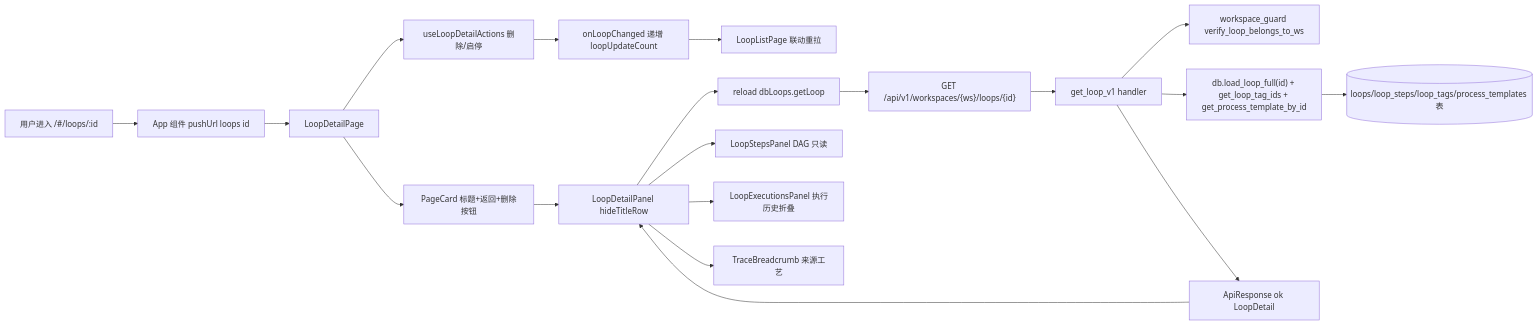
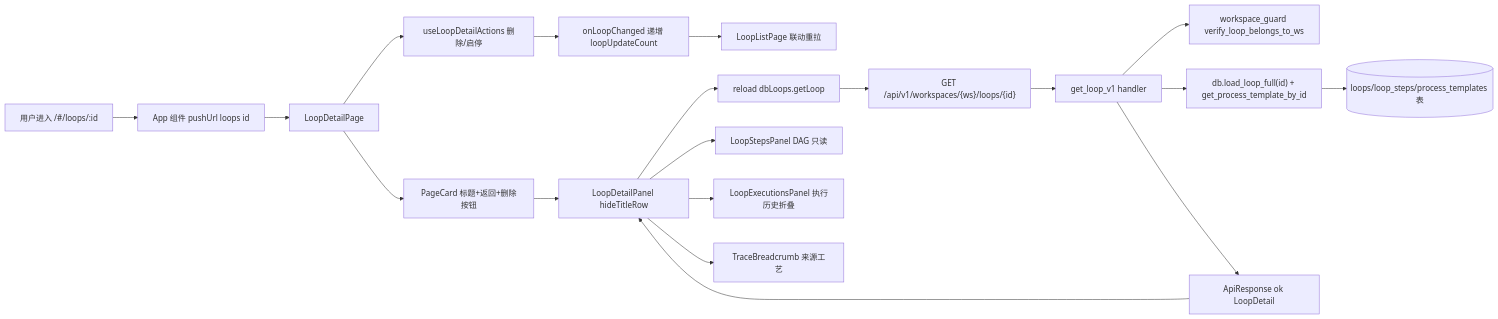
Before and after one commit to weibaohui/ntd: the diagram in frontend/src/help/pages/loops-detail.md, drawn with Mermaid. The commit also changed other lines of this file and 92 other files, not shown here.

````diff
--- a/frontend/src/help/pages/loops-detail.md
+++ b/frontend/src/help/pages/loops-detail.md
@@ -15,20 +15,20 @@
 ```mermaid
 flowchart LR
   U[用户进入 /#/loops/:id] --> APP[App 组件 pushUrl loops id]
   APP --> LDP[LoopDetailPage]
   LDP --> ACT[useLoopDetailActions 删除/启停]
   LDP --> PC[PageCard 标题+返回+删除按钮]
   PC --> PAN[LoopDetailPanel hideTitleRow]
   PAN --> RL[reload dbLoops.getLoop]
   RL --> API["GET /api/v1/workspaces/{ws}/loops/{id}"]
   API --> H1[get_loop_v1 handler]
   H1 --> GUARD[workspace_guard verify_loop_belongs_to_ws]
-  H1 --> DAO["db.load_loop_full(id) + get_loop_tag_ids + get_process_template_by_id"]
-  DAO --> DB[(loops/loop_steps/loop_tags/process_templates 表)]
+  H1 --> DAO["db.load_loop_full(id) + get_process_template_by_id"]
+  DAO --> DB[(loops/loop_steps/process_templates 表)]
   H1 --> RT[ApiResponse ok LoopDetail]
   RT --> PAN --> SE[LoopStepsPanel DAG 只读]
   PAN --> EX[LoopExecutionsPanel 执行历史折叠]
   PAN --> TG[TraceBreadcrumb 来源工艺]
   ACT --> CHG[onLoopChanged 递增 loopUpdateCount]
   CHG --> LST[LoopListPage 联动重拉]
 ```
````
